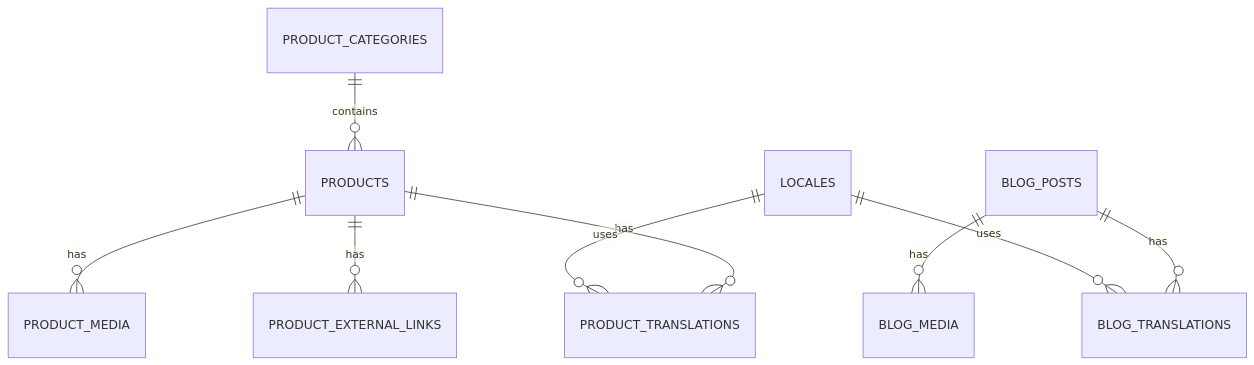
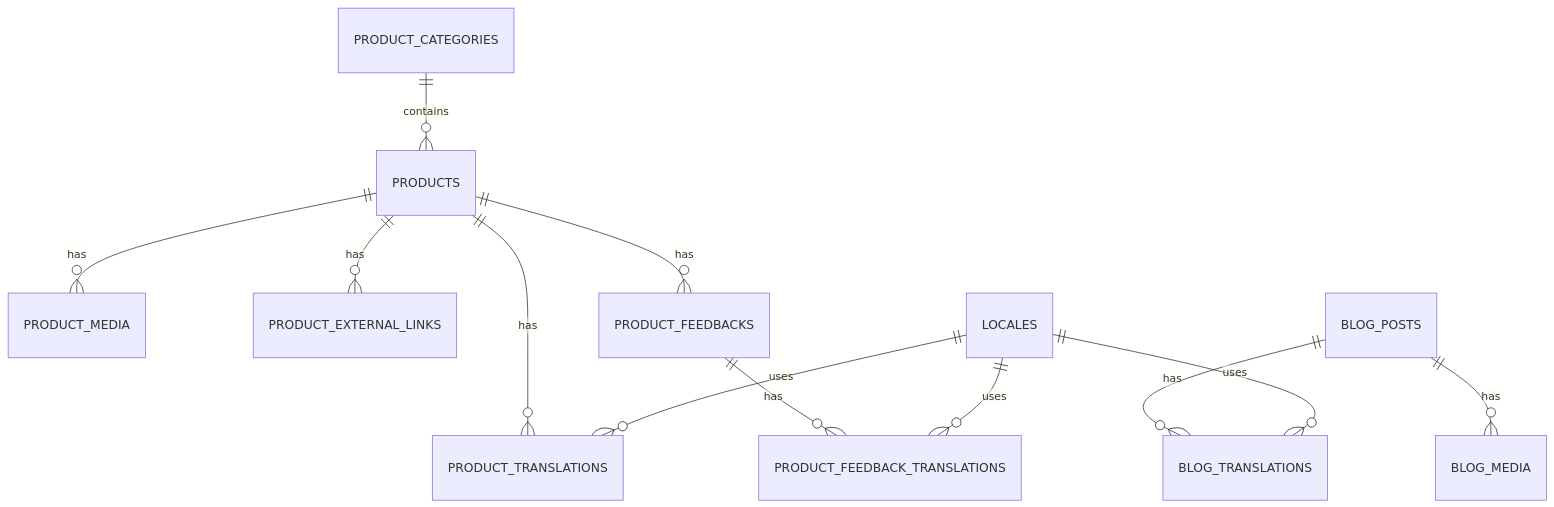
One commit to legamama/plume-cosmetics changed the first of 2 diagrams in docs/backend/supabase_plan.md. Above: the diagram before and after it, drawn with Mermaid. The commit also changed other lines of this file and 7 other files, not shown here.

Commit message:
WIP: Save progress - feedback system, product editor updates, and documentation

````diff
--- a/docs/backend/supabase_plan.md
+++ b/docs/backend/supabase_plan.md
@@ -25,11 +25,14 @@
 ```mermaid
 erDiagram
     PRODUCT_CATEGORIES ||--o{ PRODUCTS : contains
     PRODUCTS ||--o{ PRODUCT_TRANSLATIONS : has
     PRODUCTS ||--o{ PRODUCT_MEDIA : has
     PRODUCTS ||--o{ PRODUCT_EXTERNAL_LINKS : has
+    PRODUCTS ||--o{ PRODUCT_FEEDBACKS : has
+    PRODUCT_FEEDBACKS ||--o{ PRODUCT_FEEDBACK_TRANSLATIONS : has
     BLOG_POSTS ||--o{ BLOG_TRANSLATIONS : has
     BLOG_POSTS ||--o{ BLOG_MEDIA : has
     LOCALES ||--o{ PRODUCT_TRANSLATIONS : uses
     LOCALES ||--o{ BLOG_TRANSLATIONS : uses
+    LOCALES ||--o{ PRODUCT_FEEDBACK_TRANSLATIONS : uses
 ```
````
